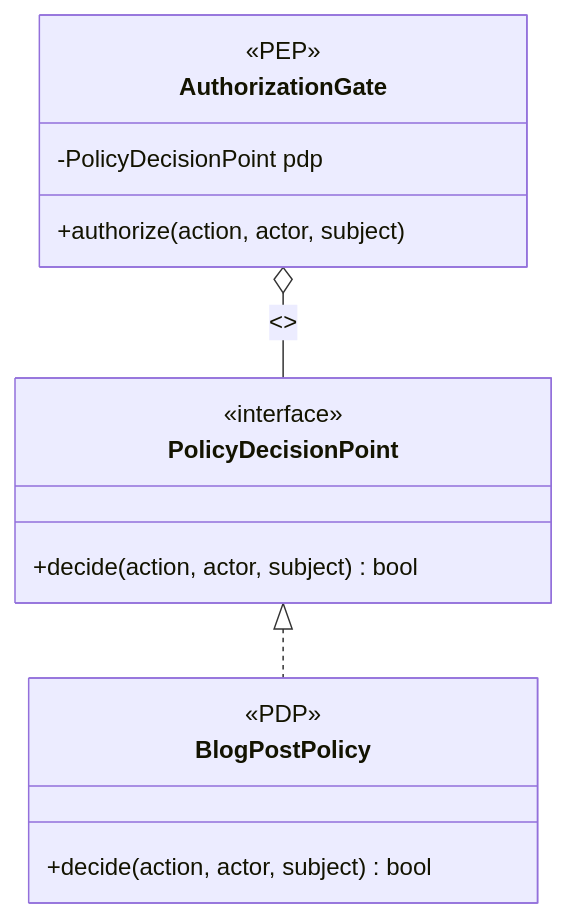
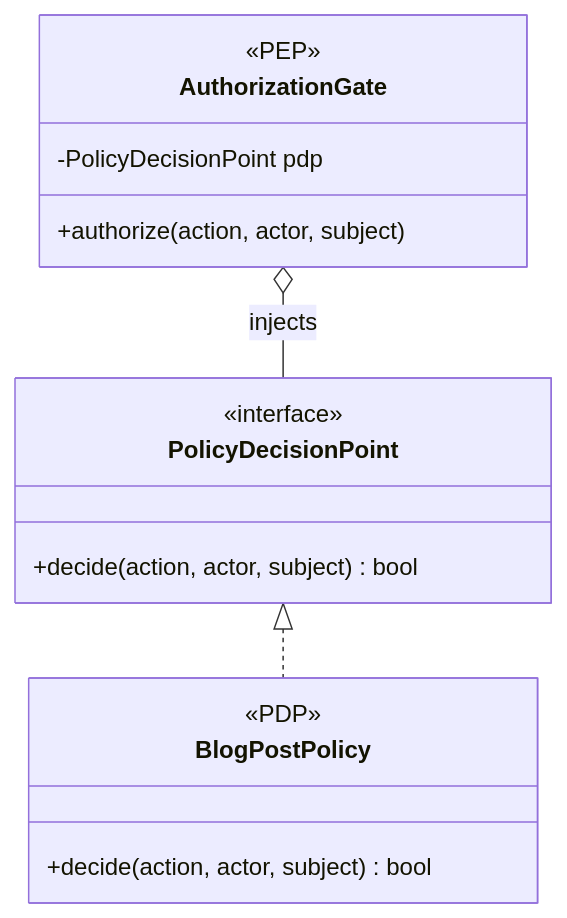
Before and after one commit to mnaatjes/registry-package: the fourth of 5 diagrams in docs/ref-authorization-concepts-pep.md, drawn with Mermaid. The commit also changed other lines of this file and 2 other files, not shown here.

````diff
--- a/docs/ref-authorization-concepts-pep.md
+++ b/docs/ref-authorization-concepts-pep.md
@@ -235,19 +235,19 @@
 ```mermaid
 classDiagram
     class AuthorizationGate {
         <<PEP>>
         -PolicyDecisionPoint pdp
         +authorize(action, actor, subject)
     }
     class PolicyDecisionPoint {
         <<interface>>
         +decide(action, actor, subject) bool
     }
     class BlogPostPolicy {
         <<PDP>>
         +decide(action, actor, subject) bool
     }
 
-    AuthorizationGate o-- PolicyDecisionPoint : <<injects>>
+    AuthorizationGate o-- PolicyDecisionPoint : injects
     PolicyDecisionPoint <|.. BlogPostPolicy
 ```
````
